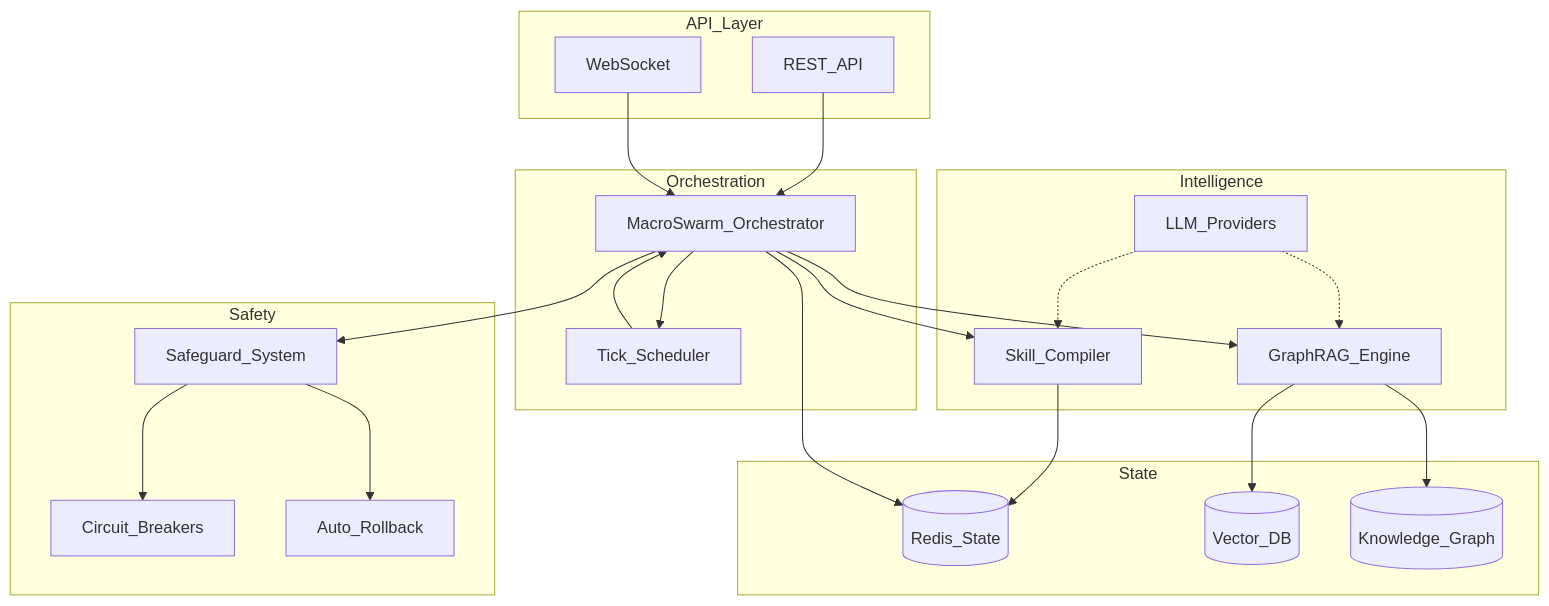
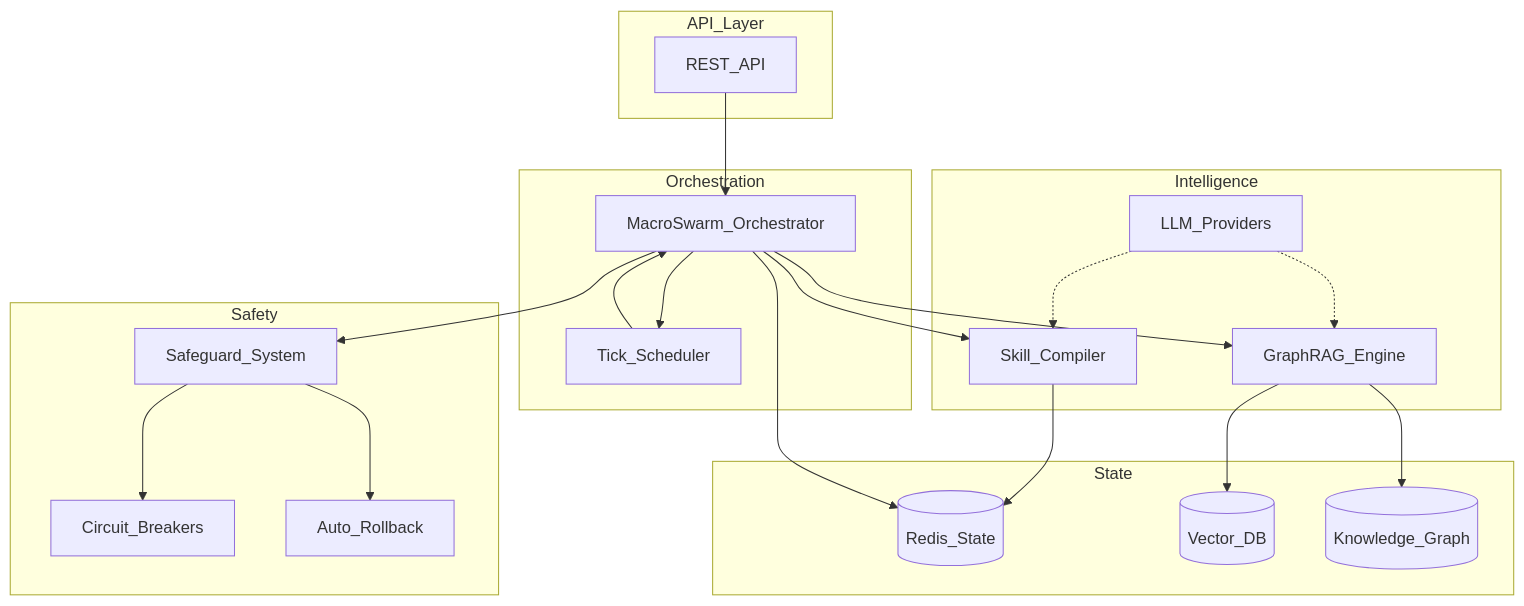
Before and after one commit to nasirquant/fnse-website: the diagram in content/docs/architecture/_index.md, drawn with Mermaid. The commit also changed other lines of this file and 8 other files, not shown here.

First line of the commit message:
docs: remove WebSocket references; update footer branding to FNSE Engine

````diff
--- a/content/docs/architecture/_index.md
+++ b/content/docs/architecture/_index.md
@@ -11,46 +11,44 @@
 ```mermaid
 graph TB
     subgraph API_Layer
         REST[REST_API]
-        WS[WebSocket]
     end
     
     subgraph Orchestration
         MacroSwarm[MacroSwarm_Orchestrator]
         Scheduler[Tick_Scheduler]
     end
     
     subgraph Intelligence
         GraphRAG[GraphRAG_Engine]
         SkillCompiler[Skill_Compiler]
         LLM[LLM_Providers]
     end
     
     subgraph Safety
         Safeguards[Safeguard_System]
         CircuitBreakers[Circuit_Breakers]
         Rollback[Auto_Rollback]
     end
     
     subgraph State
         Redis[(Redis_State)]
         VectorDB[(Vector_DB)]
         GraphDB[(Knowledge_Graph)]
     end
     
     REST --> MacroSwarm
-    WS --> MacroSwarm
     MacroSwarm --> Scheduler
     Scheduler --> MacroSwarm
     MacroSwarm --> GraphRAG
     MacroSwarm --> SkillCompiler
     MacroSwarm --> Safeguards
     GraphRAG --> VectorDB
     GraphRAG --> GraphDB
     SkillCompiler --> Redis
     Safeguards --> CircuitBreakers
     Safeguards --> Rollback
     MacroSwarm --> Redis
     LLM -.-> GraphRAG
     LLM -.-> SkillCompiler
 ```
````
